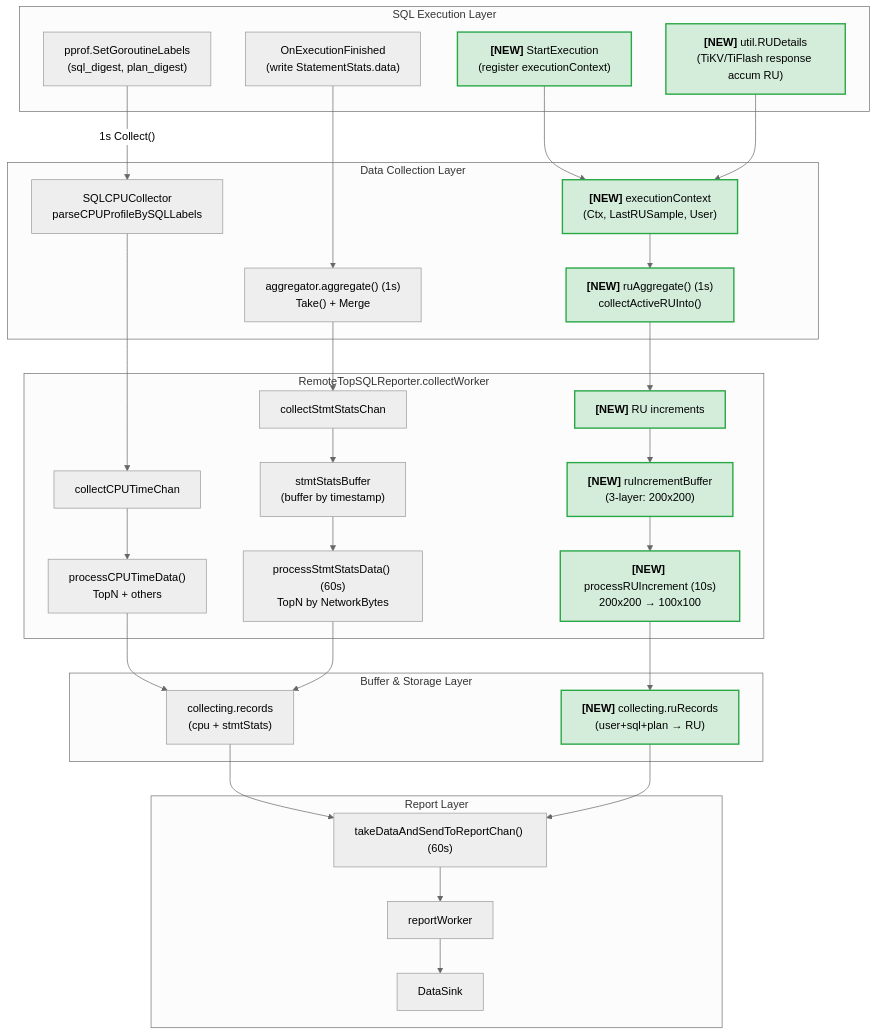
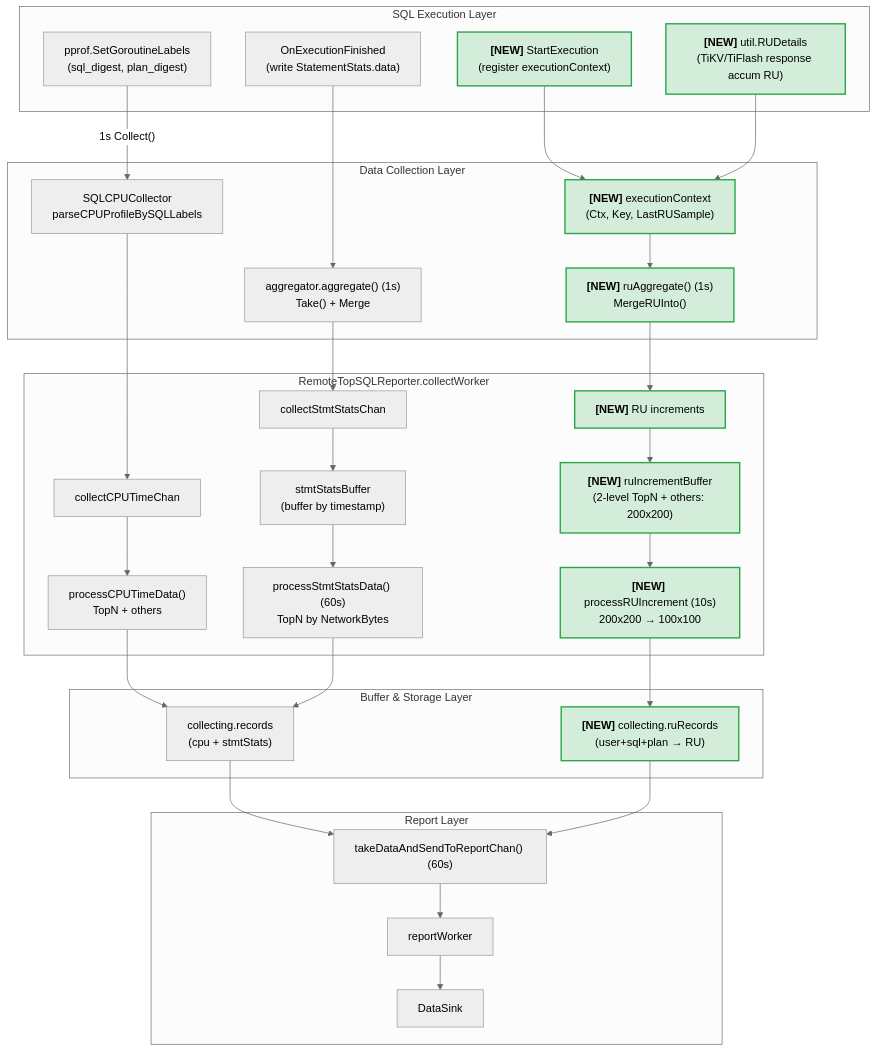
The diagram in docs/design/2025-01-XX-topru-design-refactored.md (zimulala/tidb), drawn with Mermaid before and after one commit. The commit also changed other lines of this file, not shown here.

````diff
--- a/docs/design/2025-01-XX-topru-design-refactored.md
+++ b/docs/design/2025-01-XX-topru-design-refactored.md
@@ -144,61 +144,61 @@
 ```mermaid
 ---
 config:
   theme: neutral
 ---
 flowchart TB
     subgraph SQL_Execution["SQL Execution Layer"]
         ex1["pprof.SetGoroutineLabels<br/>(sql_digest, plan_digest)"]
         ex2["OnExecutionFinished<br/>(write StatementStats.data)"]
         startExec["<b>[NEW]</b> StartExecution<br/>(register executionContext)"]:::newRU
         ruDetails["<b>[NEW]</b> util.RUDetails<br/>(TiKV/TiFlash response accum RU)"]:::newRU
     end
 
     subgraph Data_Collection["Data Collection Layer"]
         cpu["SQLCPUCollector<br/>parseCPUProfileBySQLLabels"]
         agg["aggregator.aggregate() (1s)<br/>Take() + Merge"]
-        execCtx["<b>[NEW]</b> executionContext<br/>(Ctx, LastRUSample, User)"]:::newRU
-        ruAgg["<b>[NEW]</b> ruAggregate() (1s)<br/>collectActiveRUInto()"]:::newRU
+        execCtx["<b>[NEW]</b> executionContext<br/>(Ctx, Key, LastRUSample)"]:::newRU
+        ruAgg["<b>[NEW]</b> ruAggregate() (1s)<br/>MergeRUInto()"]:::newRU
     end
 
     subgraph Reporter["RemoteTopSQLReporter.collectWorker"]
         cpuChan["collectCPUTimeChan"]
         stmtChan["collectStmtStatsChan"]
         ruChan["<b>[NEW]</b> RU increments"]:::newRU
         procCPU["processCPUTimeData()<br/>TopN + others"]
         stmtBuf["stmtStatsBuffer<br/>(buffer by timestamp)"]
-        ruBuf["<b>[NEW]</b> ruIncrementBuffer<br/>(3-layer: 200x200)"]:::newRU
+        ruBuf["<b>[NEW]</b> ruIncrementBuffer<br/>(2-level TopN + others: 200x200)"]:::newRU
         procStmt["processStmtStatsData() (60s)<br/>TopN by NetworkBytes"]
         procRU["<b>[NEW]</b> processRUIncrement (10s)<br/>200x200 → 100x100"]:::newRU
     end
 
     subgraph Storage["Buffer & Storage Layer"]
         rec["collecting.records<br/>(cpu + stmtStats)"]
         ruRec["<b>[NEW]</b> collecting.ruRecords<br/>(user+sql+plan → RU)"]:::newRU
     end
 
     subgraph Report["Report Layer"]
         send["takeDataAndSendToReportChan() (60s)"]
         worker["reportWorker"]
         sink["DataSink"]
     end
 
     %% CPU pipeline
     ex1 -- "1s Collect()" --> cpu --> cpuChan --> procCPU --> rec
 
     %% StmtStats pipeline  
     ex2 --> agg --> stmtChan --> stmtBuf --> procStmt --> rec
 
     %% [NEW] RU pipeline
     startExec --> execCtx
     ruDetails --> execCtx
     execCtx --> ruAgg --> ruChan --> ruBuf --> procRU --> ruRec
 
     %% Report
     rec --> send
     ruRec --> send
     send --> worker --> sink
 
     %% Styles for new RU components
     classDef newRU fill:#d4edda,stroke:#28a745,stroke-width:2px
 ```
````
